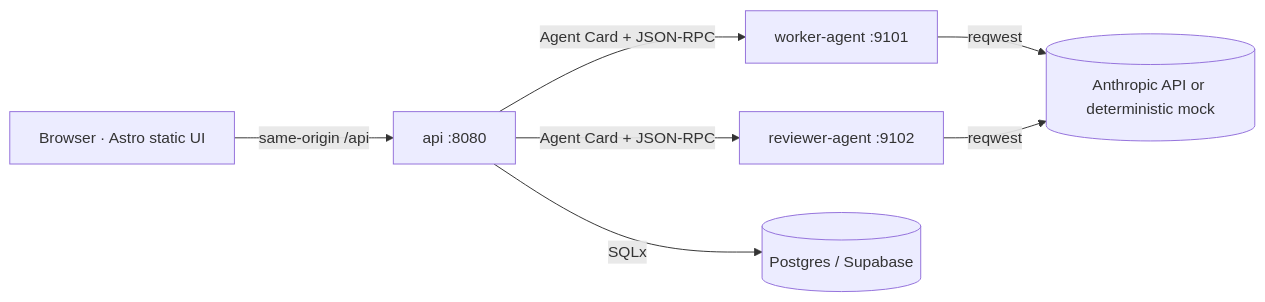
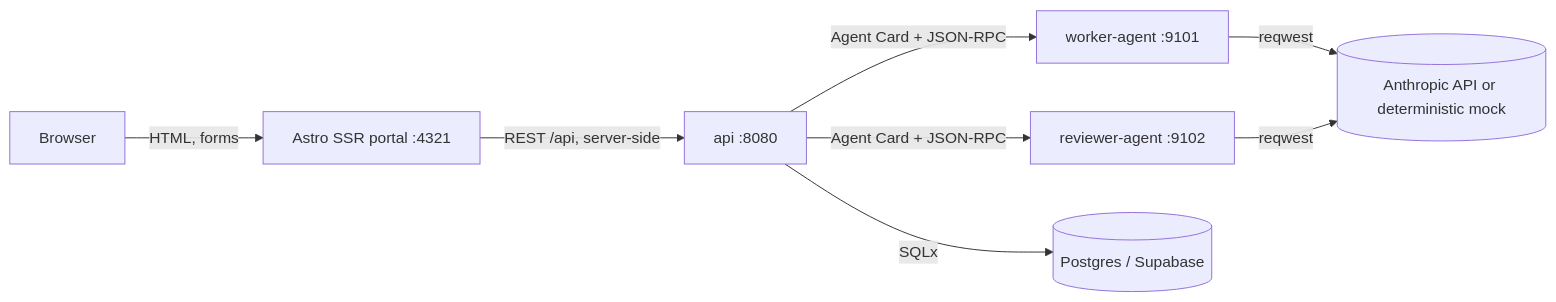
The diagram in README.md (Dapravith/rust-a2a-agent-platform), drawn with Mermaid before and after one commit. The commit also changed other lines of this file and 71 other files, not shown here.

````diff
--- a/README.md
+++ b/README.md
@@ -13,8 +14,9 @@
 ```mermaid
 flowchart LR
-  B[Browser · Astro static UI] -->|same-origin /api| O[api :8080]
+  B[Browser] -->|HTML, forms| U[Astro SSR portal :4321]
+  U -->|REST /api, server-side| O[api :8080]
   O -->|Agent Card + JSON-RPC| W[worker-agent :9101]
   O -->|Agent Card + JSON-RPC| R[reviewer-agent :9102]
   W & R -->|reqwest| L[(Anthropic API or deterministic mock)]
   O -->|SQLx| P[(Postgres / Supabase)]
 ```
````
